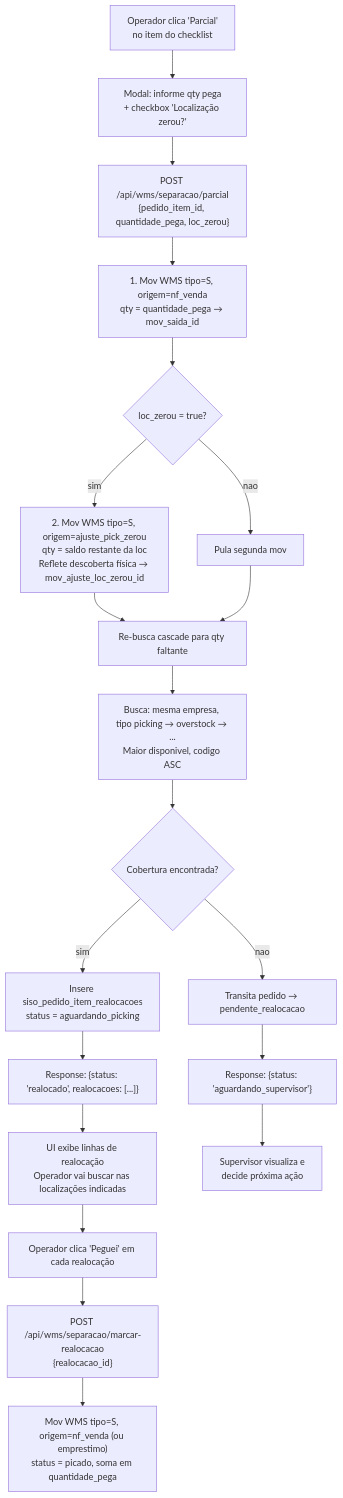
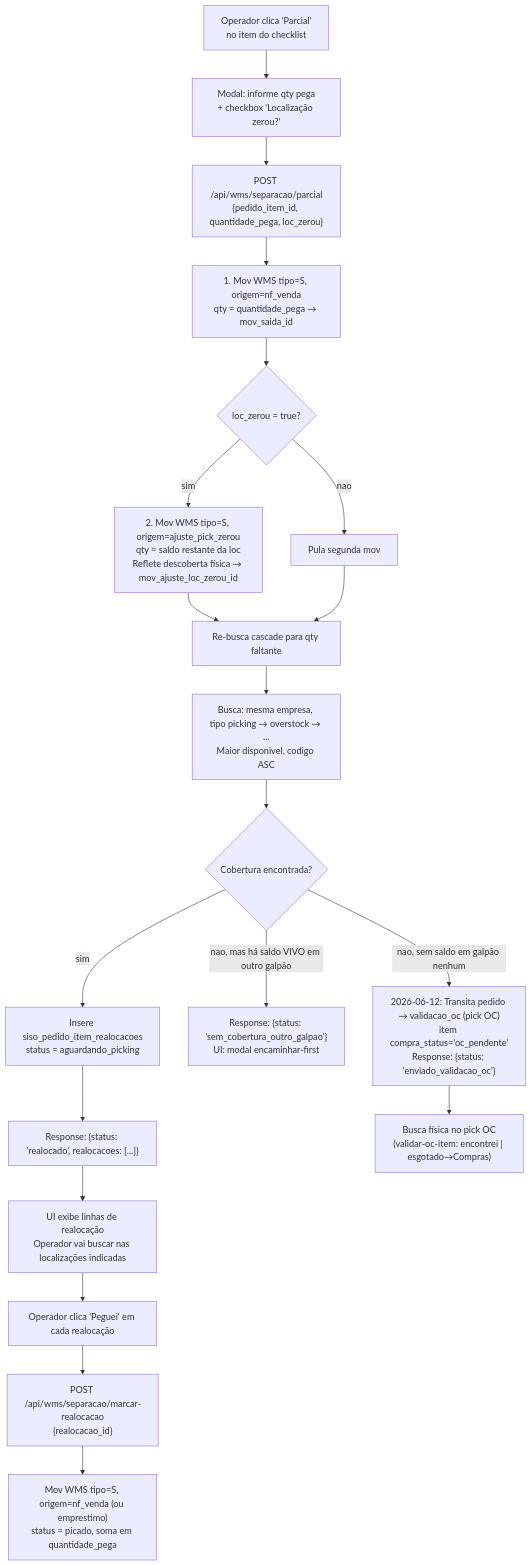
One commit to Eryk-dev/estoquelever changed the first of 6 diagrams in docs/fluxos/05-separacao-wave-picking.md. Above: the diagram before and after it, drawn with Mermaid. The commit also changed other lines of this file and 6 other files, not shown here.

First line of the commit message:
feat(separacao): zerou sem cobertura vai pra validacao_oc antes de compras

````diff
--- a/docs/fluxos/05-separacao-wave-picking.md
+++ b/docs/fluxos/05-separacao-wave-picking.md
@@ -730,27 +731,27 @@
 ```mermaid
 flowchart TD
     A["Operador clica 'Parcial'<br/>no item do checklist"] --> B["Modal: informe qty pega<br/>+ checkbox 'Localização zerou?'"]
     B --> C["POST /api/wms/separacao/parcial<br/>{pedido_item_id, quantidade_pega, loc_zerou}"]
 
     C --> D["1. Mov WMS tipo=S, origem=nf_venda<br/>qty = quantidade_pega → mov_saida_id"]
     D --> E{"loc_zerou = true?"}
     E -->|sim| F["2. Mov WMS tipo=S, origem=ajuste_pick_zerou<br/>qty = saldo restante da loc<br/>Reflete descoberta física → mov_ajuste_loc_zerou_id"]
     E -->|nao| G["Pula segunda mov"]
     F --> H["Re-busca cascade para qty faltante"]
     G --> H
 
     H --> I["Busca: mesma empresa, tipo picking → overstock → ...<br/>Maior disponivel, codigo ASC"]
     I --> J{"Cobertura encontrada?"}
 
     J -->|sim| K["Insere siso_pedido_item_realocacoes<br/>status = aguardando_picking"]
     K --> L["Response: {status: 'realocado', realocacoes: [...]}"]
     L --> M["UI exibe linhas de realocação<br/>Operador vai buscar nas localizações indicadas"]
 
-    J -->|nao| N["Transita pedido → pendente_realocacao"]
-    N --> O["Response: {status: 'aguardando_supervisor'}"]
-    O --> P["Supervisor visualiza e<br/>decide próxima ação"]
+    J -->|nao, mas há saldo VIVO em outro galpão| N["Response: {status: 'sem_cobertura_outro_galpao'}<br/>UI: modal encaminhar-first"]
+    J -->|nao, sem saldo em galpão nenhum| N2["2026-06-12: Transita pedido → validacao_oc (pick OC)<br/>item compra_status='oc_pendente'<br/>Response: {status: 'enviado_validacao_oc'}"]
+    N2 --> P["Busca física no pick OC<br/>(validar-oc-item: encontrei | esgotado→Compras)"]
 
     M --> Q["Operador clica 'Peguei' em cada realocação"]
     Q --> R["POST /api/wms/separacao/marcar-realocacao<br/>{realocacao_id}"]
     R --> S["Mov WMS tipo=S, origem=nf_venda (ou emprestimo)<br/>status = picado, soma em quantidade_pega"]
 ```
````
